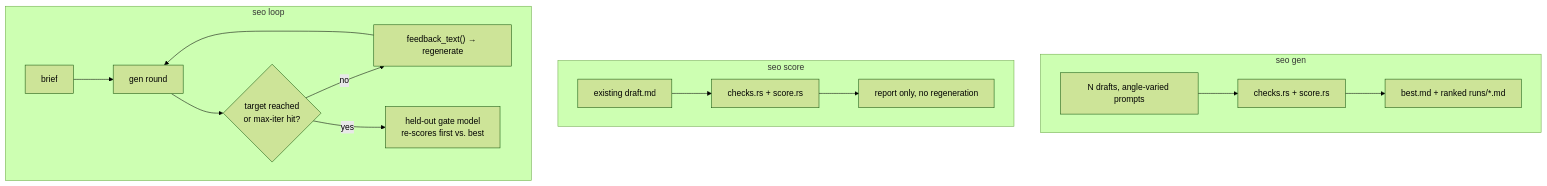
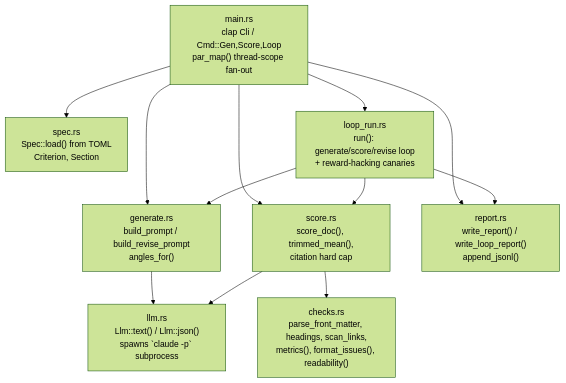
One commit to Loop-Suite/seo-loop changed the third of 6 diagrams in README.md. Above: the diagram before and after it, drawn with Mermaid (forest theme). The commit also changed other lines of this file, not shown here.

First line of the commit message:
Rewrite README with full architecture, CLI, and scoring-pipeline documentation

````diff
--- a/README.md
+++ b/README.md
@@ -31,14 +142,23 @@
 ```mermaid
 flowchart TB
-    subgraph gen["seo gen"]
-        G1["N drafts, angle-varied prompts"] --> G2["checks.rs + score.rs"] --> G3["best.md + ranked runs/*.md"]
-    end
-    subgraph score["seo score"]
-        S1["existing draft.md"] --> S2["checks.rs + score.rs"] --> S3["report only, no regeneration"]
-    end
-    subgraph loopmode["seo loop"]
-        L1["brief"] --> L2["gen round"] --> L3{"target reached<br/>or max-iter hit?"}
-        L3 -->|"no"| L4["feedback_text() → regenerate"] --> L2
-        L3 -->|"yes"| L5["held-out gate model<br/>re-scores first vs. best"]
-    end
+    main["main.rs<br/>clap Cli / Cmd::Gen,Score,Loop<br/>par_map() thread-scope fan-out"]
+    spec["spec.rs<br/>Spec::load() from TOML<br/>Criterion, Section"]
+    generate["generate.rs<br/>build_prompt / build_revise_prompt<br/>angles_for()"]
+    checks["checks.rs<br/>parse_front_matter, headings, scan_links,<br/>metrics(), format_issues(), readability()"]
+    llm["llm.rs<br/>Llm::text() / Llm::json()<br/>spawns `claude -p` subprocess"]
+    score["score.rs<br/>score_doc(), trimmed_mean(),<br/>citation hard cap"]
+    loop_run["loop_run.rs<br/>run(): generate/score/revise loop<br/>+ reward-hacking canaries"]
+    report["report.rs<br/>write_report() / write_loop_report()<br/>append_jsonl()"]
+
+    main --> spec
+    main --> generate
+    main --> score
+    main --> loop_run
+    main --> report
+    generate --> llm
+    score --> checks
+    score --> llm
+    loop_run --> generate
+    loop_run --> score
+    loop_run --> report
 ```
````
